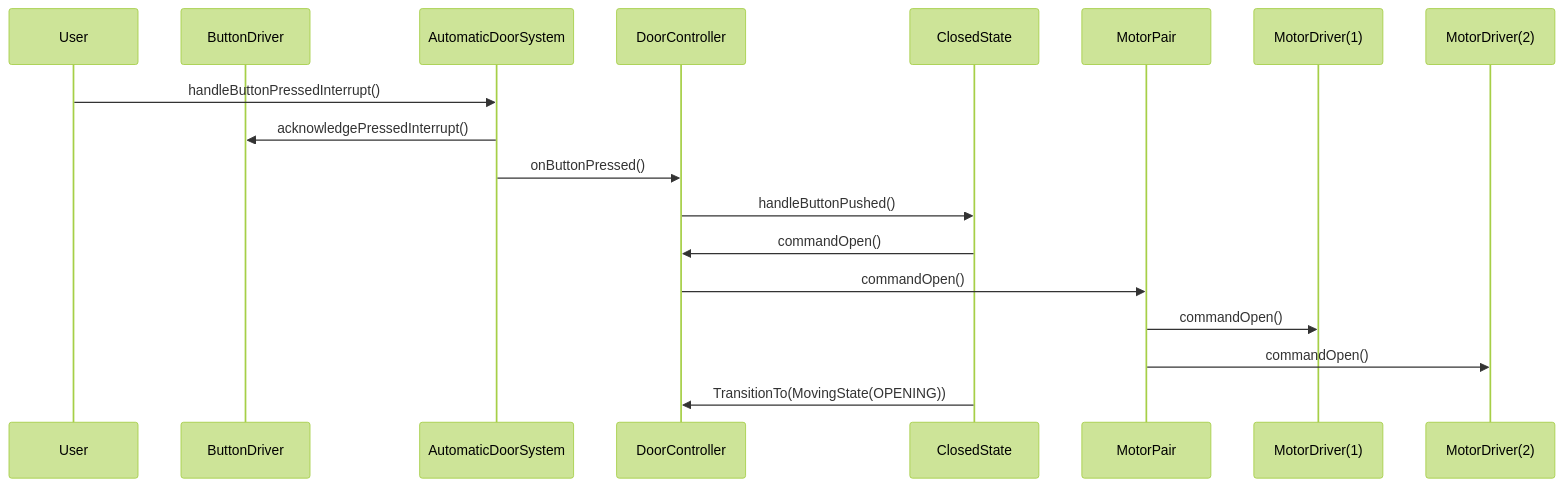
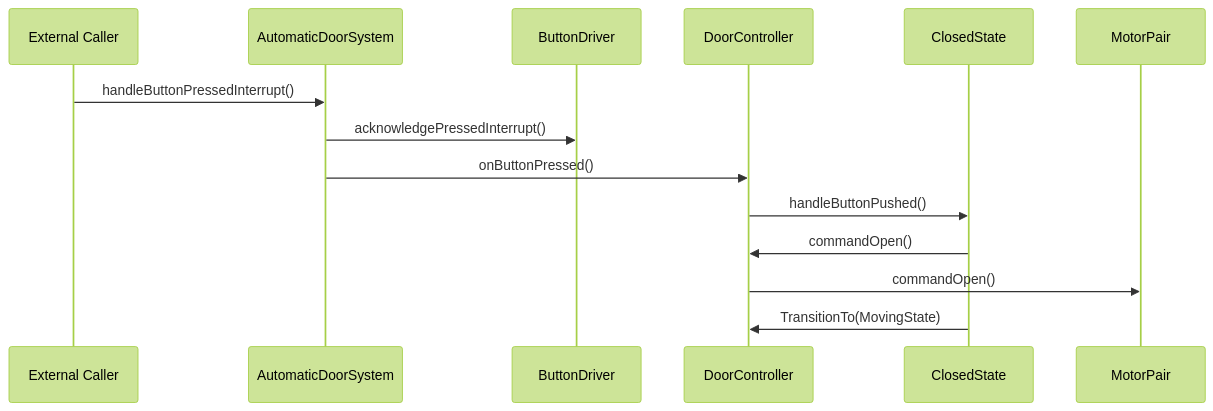
The third of 4 diagrams in docs/ARCHITECTURE_DIAGRAMS.md (Jacob-Russell/AutomaticDoorSystem), drawn with Mermaid (forest theme) before and after one commit. The commit also changed other lines of this file, not shown here.

Commit message:
Mermaid architectural diagram updates

````diff
--- a/docs/ARCHITECTURE_DIAGRAMS.md
+++ b/docs/ARCHITECTURE_DIAGRAMS.md
@@ -178,21 +74,17 @@
 ```mermaid
 sequenceDiagram
-    participant User
+    participant External as External Caller
+    participant System as AutomaticDoorSystem
     participant Button as ButtonDriver
-    participant System as AutomaticDoorSystem
     participant Controller as DoorController
-    participant State as ClosedState
+    participant Closed as ClosedState
     participant Motors as MotorPair
-    participant M1 as MotorDriver(1)
-    participant M2 as MotorDriver(2)
 
-    User->>System: handleButtonPressedInterrupt()
+    External->>System: handleButtonPressedInterrupt()
     System->>Button: acknowledgePressedInterrupt()
     System->>Controller: onButtonPressed()
-    Controller->>State: handleButtonPushed()
-    State->>Controller: commandOpen()
+    Controller->>Closed: handleButtonPushed()
+    Closed->>Controller: commandOpen()
     Controller->>Motors: commandOpen()
-    Motors->>M1: commandOpen()
-    Motors->>M2: commandOpen()
-    State->>Controller: TransitionTo(MovingState(OPENING))
+    Closed->>Controller: TransitionTo(MovingState)
 ```
````
